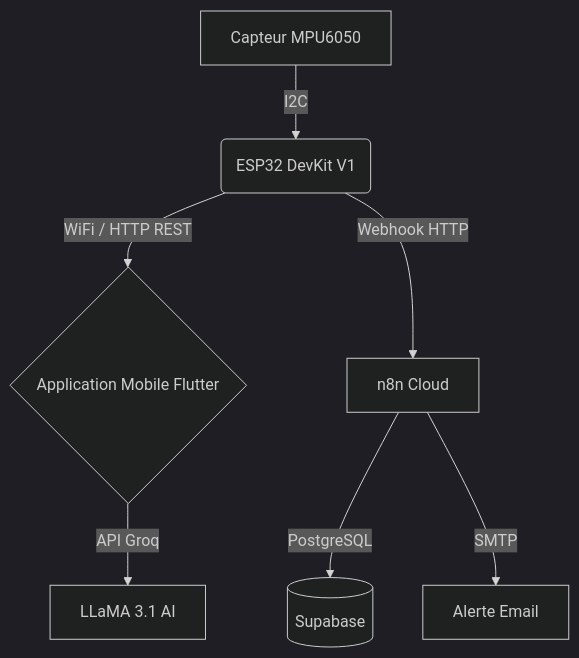
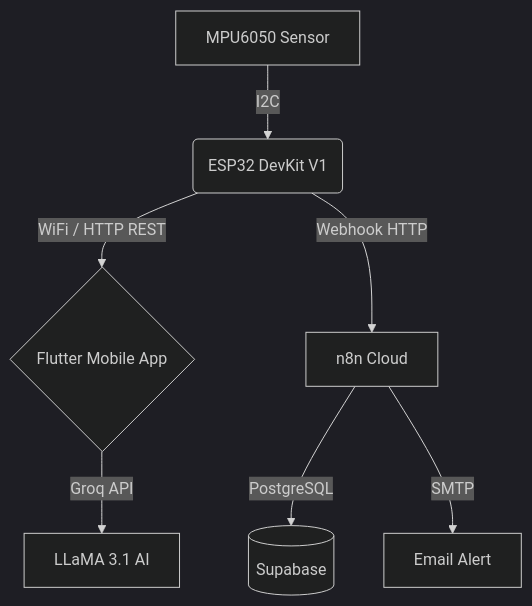
The diagram in README.md (wiemayari1/SmartSpinalPostureAssistanceSystem), drawn with Mermaid (dark theme) before and after one commit. The commit also changed other lines of this file, not shown here.

````diff
--- a/README.md
+++ b/README.md
@@ -43,9 +43,9 @@
 ```mermaid
 graph TD;
-    A[Capteur MPU6050] -->|I2C| B(ESP32 DevKit V1);
-    B -->|WiFi / HTTP REST| C{Application Mobile Flutter};
+    A[MPU6050 Sensor] -->|I2C| B(ESP32 DevKit V1);
+    B -->|WiFi / HTTP REST| C{Flutter Mobile App};
     B -->|Webhook HTTP| D[n8n Cloud];
     D -->|PostgreSQL| E[(Supabase)];
-    D -->|SMTP| F[Alerte Email];
-    C -->|API Groq| G[LLaMA 3.1 AI];
+    D -->|SMTP| F[Email Alert];
+    C -->|Groq API| G[LLaMA 3.1 AI];
 ```
````
